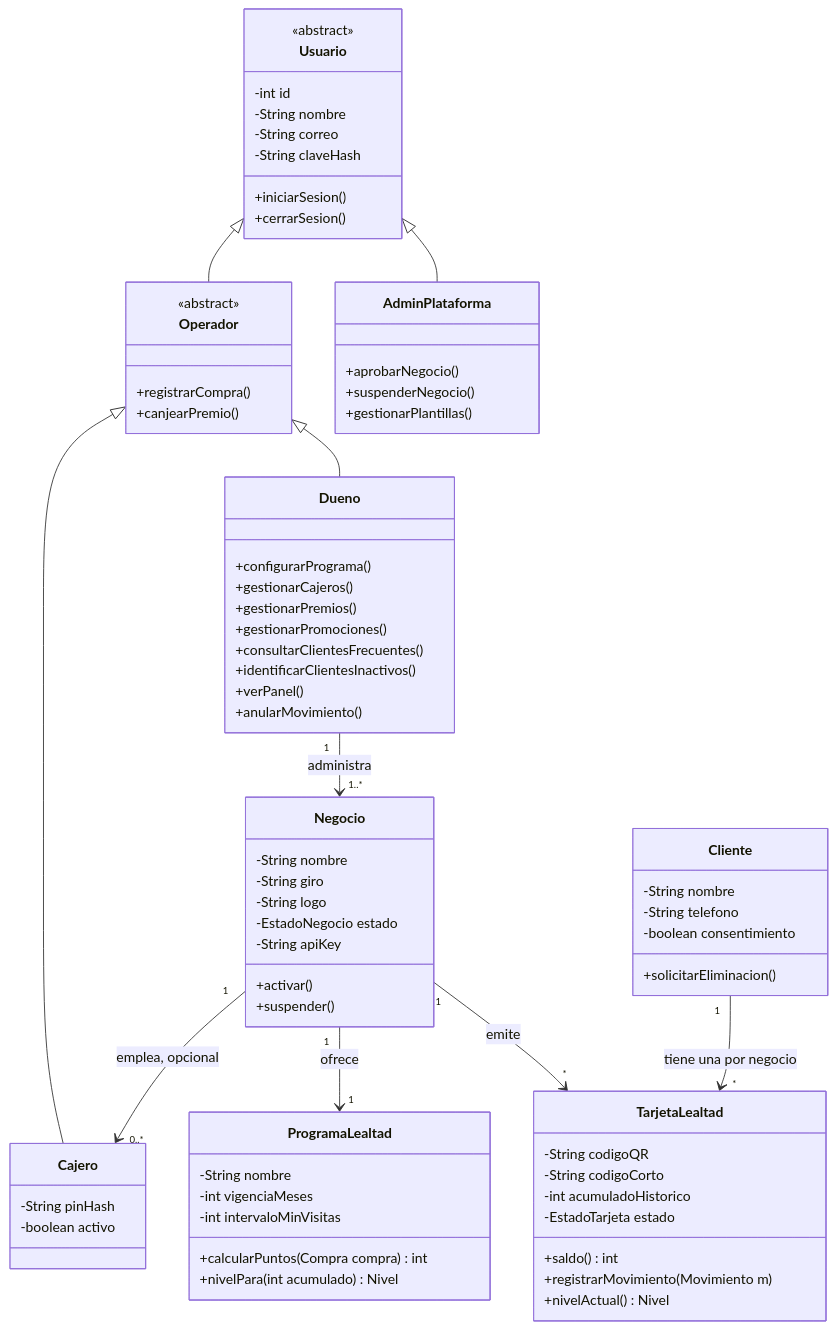
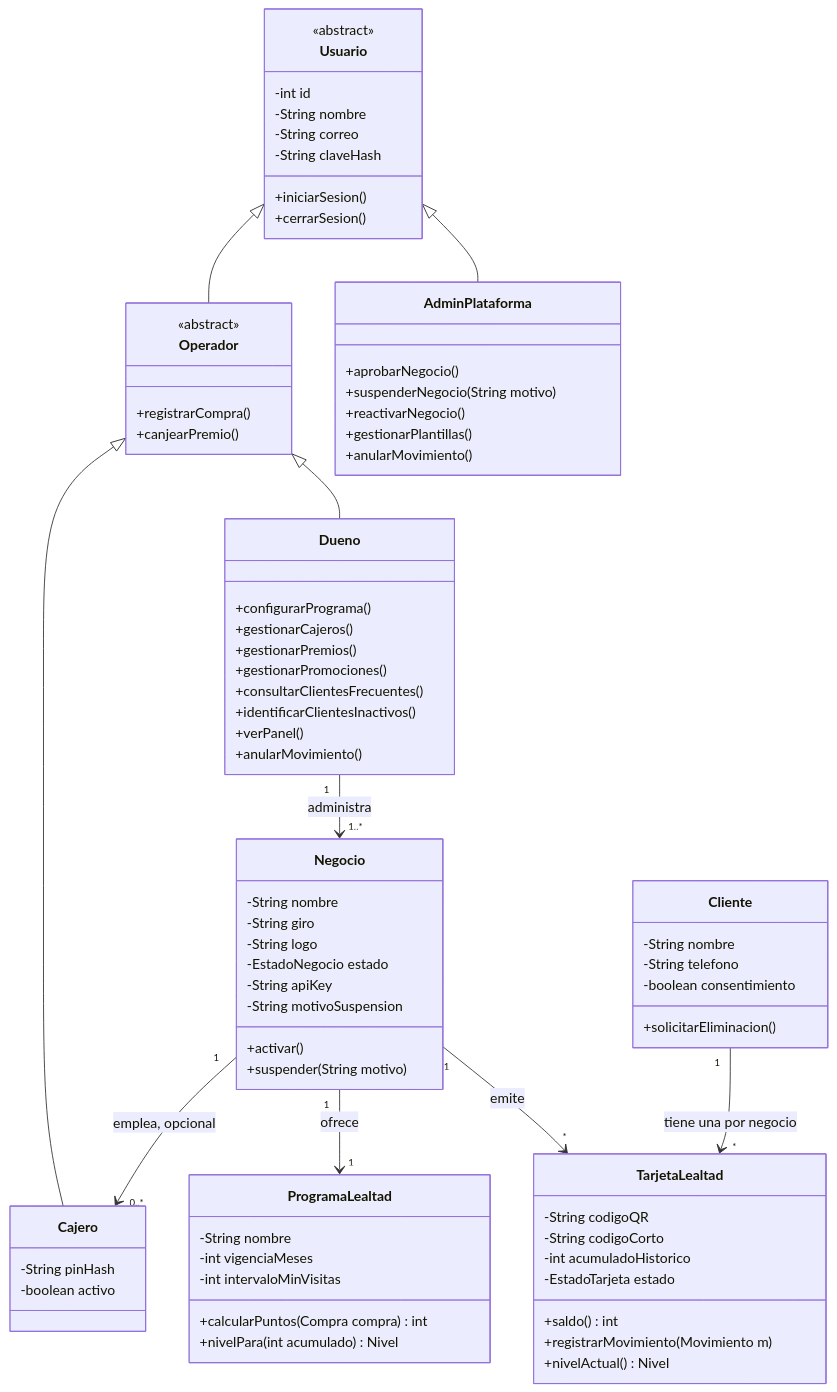
The first of 6 diagrams in docs/artefactos/diagramas de clases.md (Salazarbru/loyaltyaccess), drawn with Mermaid before and after one commit. The commit also changed other lines of this file and 10 other files, not shown here.

````diff
--- a/docs/artefactos/diagramas de clases.md
+++ b/docs/artefactos/diagramas de clases.md
@@ -29,77 +29,80 @@
 ```mermaid
 classDiagram
     class Usuario {
         <<abstract>>
         -int id
         -String nombre
         -String correo
         -String claveHash
         +iniciarSesion()
         +cerrarSesion()
     }
     class Operador {
         <<abstract>>
         +registrarCompra()
         +canjearPremio()
     }
     class Dueno {
         +configurarPrograma()
         +gestionarCajeros()
         +gestionarPremios()
         +gestionarPromociones()
         +consultarClientesFrecuentes()
         +identificarClientesInactivos()
         +verPanel()
         +anularMovimiento()
     }
     class Cajero {
         -String pinHash
         -boolean activo
     }
     class AdminPlataforma {
         +aprobarNegocio()
-        +suspenderNegocio()
+        +suspenderNegocio(String motivo)
+        +reactivarNegocio()
         +gestionarPlantillas()
+        +anularMovimiento()
     }
     class Negocio {
         -String nombre
         -String giro
         -String logo
         -EstadoNegocio estado
         -String apiKey
+        -String motivoSuspension
         +activar()
-        +suspender()
+        +suspender(String motivo)
     }
     class ProgramaLealtad {
         -String nombre
         -int vigenciaMeses
         -int intervaloMinVisitas
         +calcularPuntos(Compra compra) int
         +nivelPara(int acumulado) Nivel
     }
     class Cliente {
         -String nombre
         -String telefono
         -boolean consentimiento
         +solicitarEliminacion()
     }
     class TarjetaLealtad {
         -String codigoQR
         -String codigoCorto
         -int acumuladoHistorico
         -EstadoTarjeta estado
         +saldo() int
         +registrarMovimiento(Movimiento m)
         +nivelActual() Nivel
     }
 
     Usuario <|-- Operador
     Usuario <|-- AdminPlataforma
     Operador <|-- Dueno
     Operador <|-- Cajero
     Dueno "1" --> "1..*" Negocio : administra
     Negocio "1" --> "0..*" Cajero : emplea, opcional
     Negocio "1" --> "1" ProgramaLealtad : ofrece
     Negocio "1" --> "*" TarjetaLealtad : emite
     Cliente "1" --> "*" TarjetaLealtad : tiene una por negocio
 ```
````
